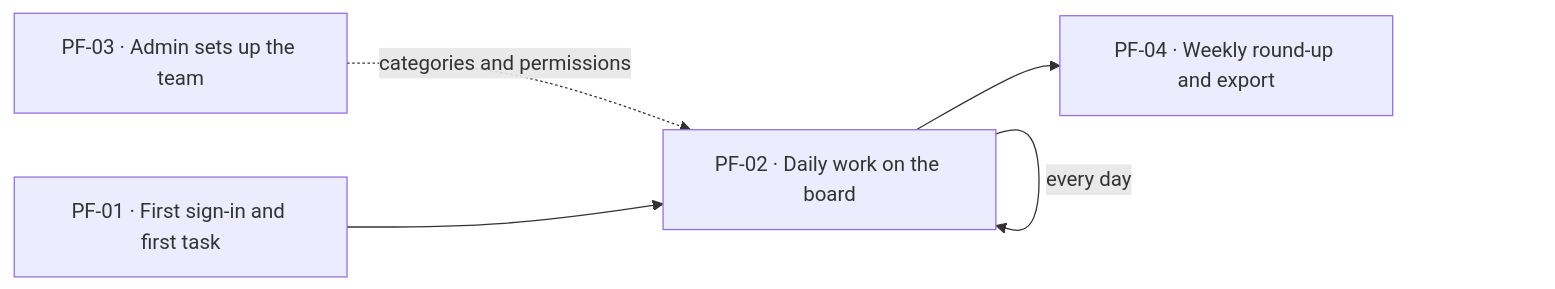
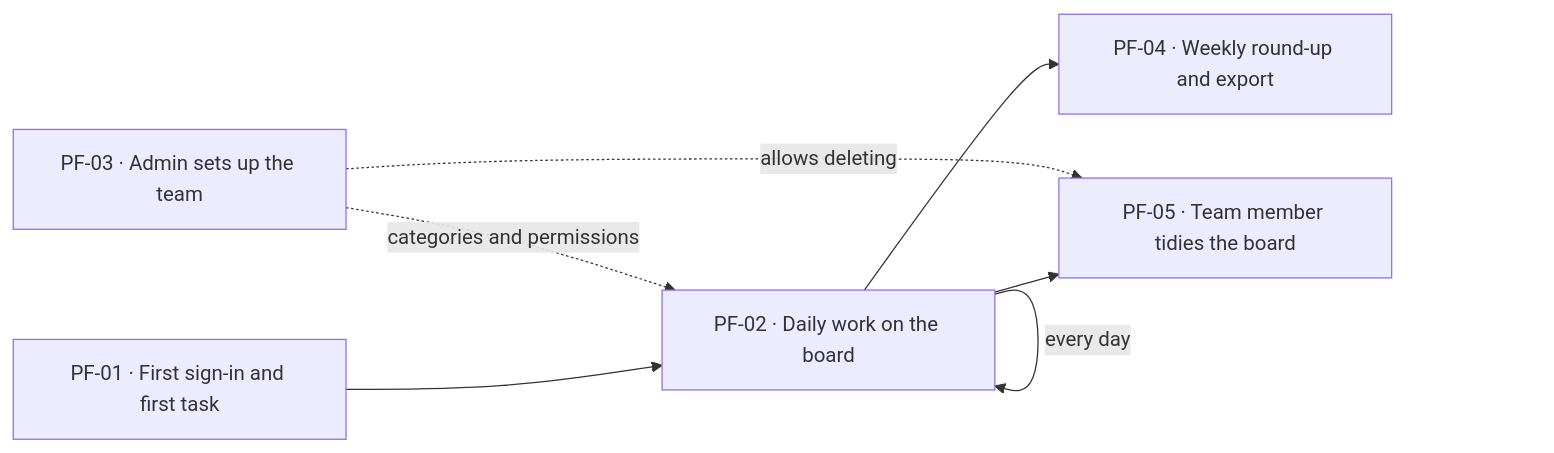
Before and after one commit to Mbialuddinkhan/ai-software-delivery-room: the first of 6 diagrams in examples/sample-app/docs/02d-process-flows.md, drawn with Mermaid. The commit also changed other lines of this file and 60 other files, not shown here.

````diff
--- a/examples/sample-app/docs/02d-process-flows.md
+++ b/examples/sample-app/docs/02d-process-flows.md
@@ -5,7 +5,9 @@
 ```mermaid
 flowchart LR
   PF03["PF-03 · Admin sets up the team"] -. categories and permissions .-> PF02
   PF01["PF-01 · First sign-in and first task"] --> PF02["PF-02 · Daily work on the board"]
   PF02 -->|every day| PF02
   PF02 --> PF04["PF-04 · Weekly round-up and export"]
+  PF03 -. allows deleting .-> PF05["PF-05 · Team member tidies the board"]
+  PF02 --> PF05
 ```
````
